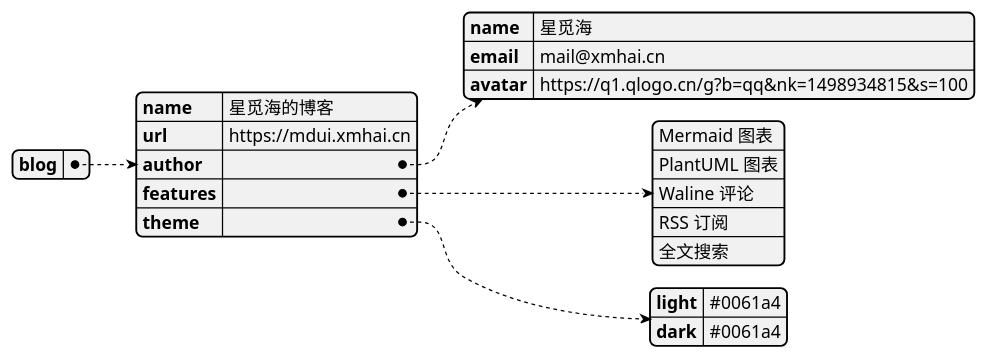
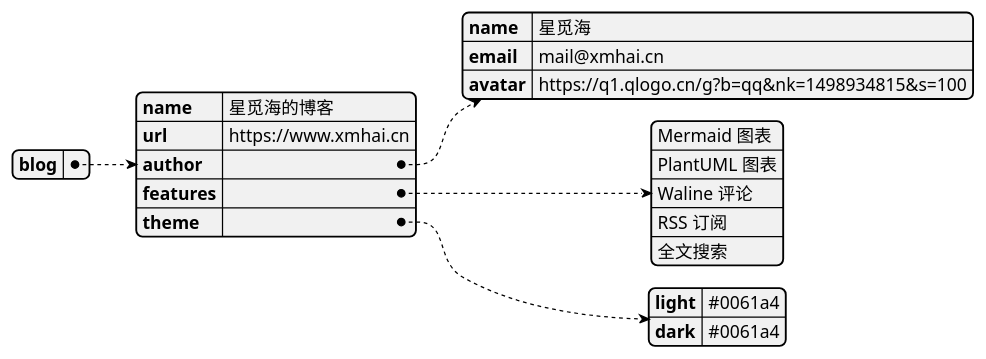
One commit to xingmihai/xmh-mdui changed diagram 15 of 18 in posts/plantuml-showcase.md. Above: the diagram before and after it, drawn with PlantUML. The commit also changed other lines of this file and 7 other files, not shown here.

````diff
--- a/posts/plantuml-showcase.md
+++ b/posts/plantuml-showcase.md
@@ -547,26 +547,26 @@
 ```plantuml
 @startjson
 {
     "blog": {
         "name": "星觅海的博客",
-        "url": "https://mdui.xmhai.cn",
+        "url": "https://www.xmhai.cn",
         "author": {
             "name": "星觅海",
             "email": "mail@xmhai.cn",
             "avatar": "https://q1.qlogo.cn/g?b=qq&nk=1498934815&s=100"
         },
         "features": [
             "Mermaid 图表",
             "PlantUML 图表",
             "Waline 评论",
             "RSS 订阅",
             "全文搜索"
         ],
         "theme": {
             "light": "#0061a4",
             "dark": "#0061a4"
         }
     }
 }
 @endjson
 ```
````
